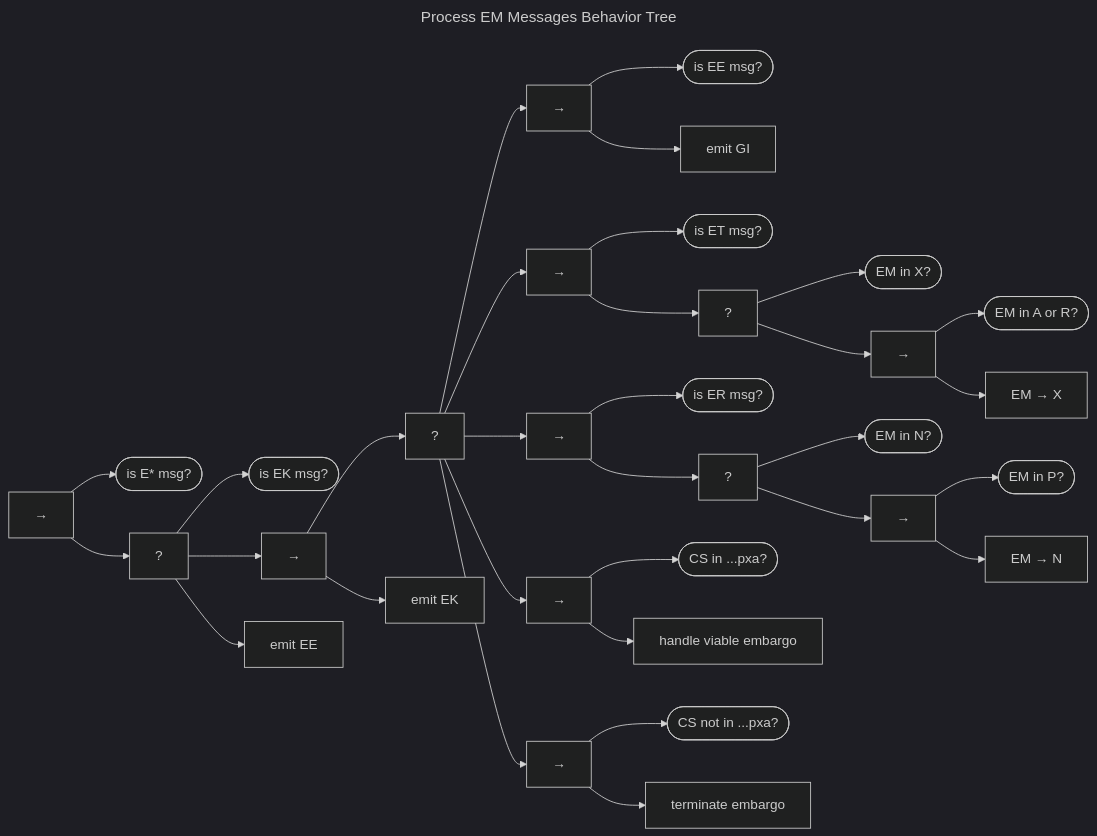
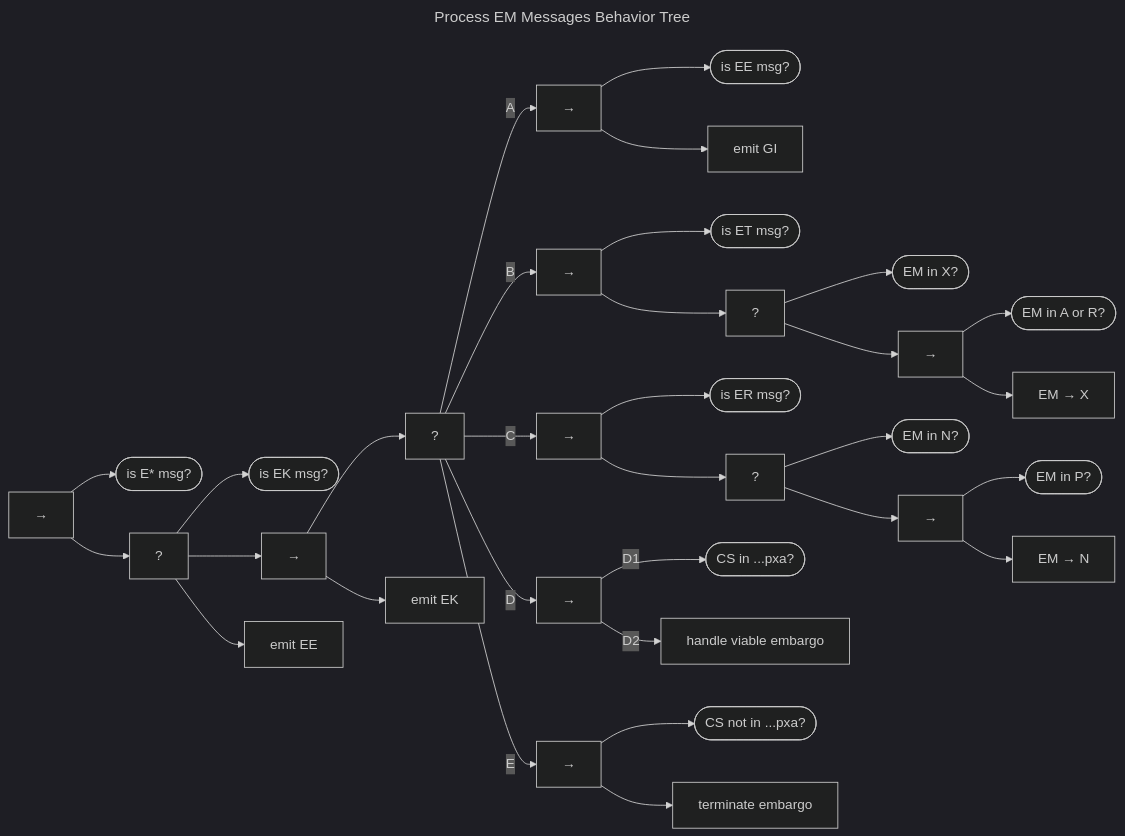
The first of 2 diagrams in docs/topics/behavior_logic/msg_em_bt.md (CERTCC/Vultron), drawn with Mermaid (dark theme) before and after one commit. The commit also changed other lines of this file and 16 other files, not shown here.

````diff
--- a/docs/topics/behavior_logic/msg_em_bt.md
+++ b/docs/topics/behavior_logic/msg_em_bt.md
@@ -5,67 +5,67 @@
 ```mermaid
 ---
 title: Process EM Messages Behavior Tree
 ---
 flowchart LR
     seq["&rarr;"]
     is_E_msg(["is E* msg?"])
     seq --> is_E_msg
     fb["?"]
     seq --> fb
     is_EK_msg(["is EK msg?"])
     fb --> is_EK_msg
     seq2["&rarr;"]
     fb --> seq2
     fb2["?"]
     seq2 --> fb2
     ee_seq["&rarr;"]
-    fb2 --> ee_seq
+    fb2 -->|A| ee_seq
     is_EE_msg(["is EE msg?"])
     ee_seq --> is_EE_msg
     ee_emit_GI["emit GI"]
     ee_seq --> ee_emit_GI
     et_seq["&rarr;"]
-    fb2 --> et_seq
+    fb2 -->|B| et_seq
     is_ET_msg(["is ET msg?"])
     et_seq --> is_ET_msg
     et_fb["?"]
     et_seq --> et_fb
     em_x(["EM in X?"])
     et_fb --> em_x
     et_seq2["&rarr;"]
     et_fb --> et_seq2
     em_a_r(["EM in A or R?"])
     et_seq2 --> em_a_r
     et_em_to_X["EM &rarr; X"]
     et_seq2 --> et_em_to_X
     er_seq["&rarr;"]
-    fb2 --> er_seq
+    fb2 -->|C| er_seq
     is_ER_msg(["is ER msg?"])
     er_seq --> is_ER_msg
     er_fb["?"]
     er_seq --> er_fb
     em_none(["EM in N?"])
     er_fb --> em_none
     er_seq2["&rarr;"]
     er_fb --> er_seq2
     em_p(["EM in P?"])
     er_seq2 --> em_p
     er_em_to_n["EM &rarr; N"]
     er_seq2 --> er_em_to_n
     viable_seq["&rarr;"]
-    fb2 --> viable_seq
+    fb2 -->|D| viable_seq
     cs_in_pxa(["CS in ...pxa?"])
-    viable_seq --> cs_in_pxa
+    viable_seq -->|D1| cs_in_pxa
     handle_viab["handle viable embargo"]
-    viable_seq --> handle_viab
+    viable_seq -->|D2| handle_viab
     non_viable_seq["&rarr;"]
-    fb2 --> non_viable_seq
+    fb2 -->|E| non_viable_seq
     cs_not_in_pxa(["CS not in ...pxa?"])
     non_viable_seq --> cs_not_in_pxa
     terminate["terminate embargo"]
     non_viable_seq --> terminate
     emit_ek["emit EK"]
     seq2 --> emit_ek
     emit_ee["emit EE"]
     fb --> emit_ee
 ```
````
